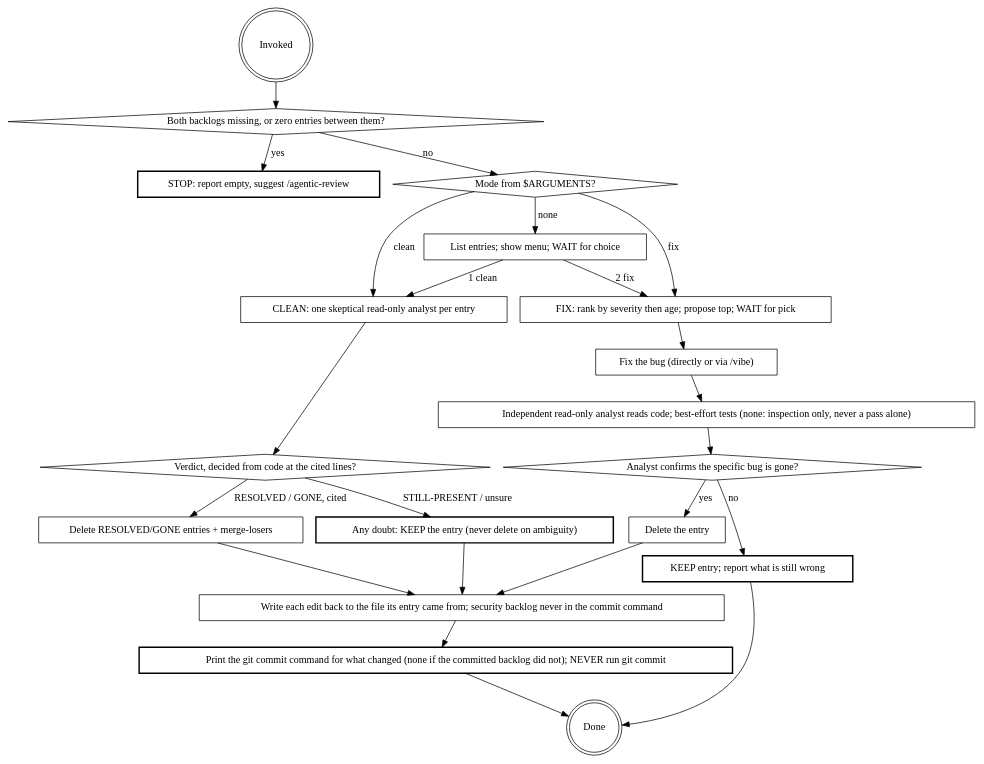
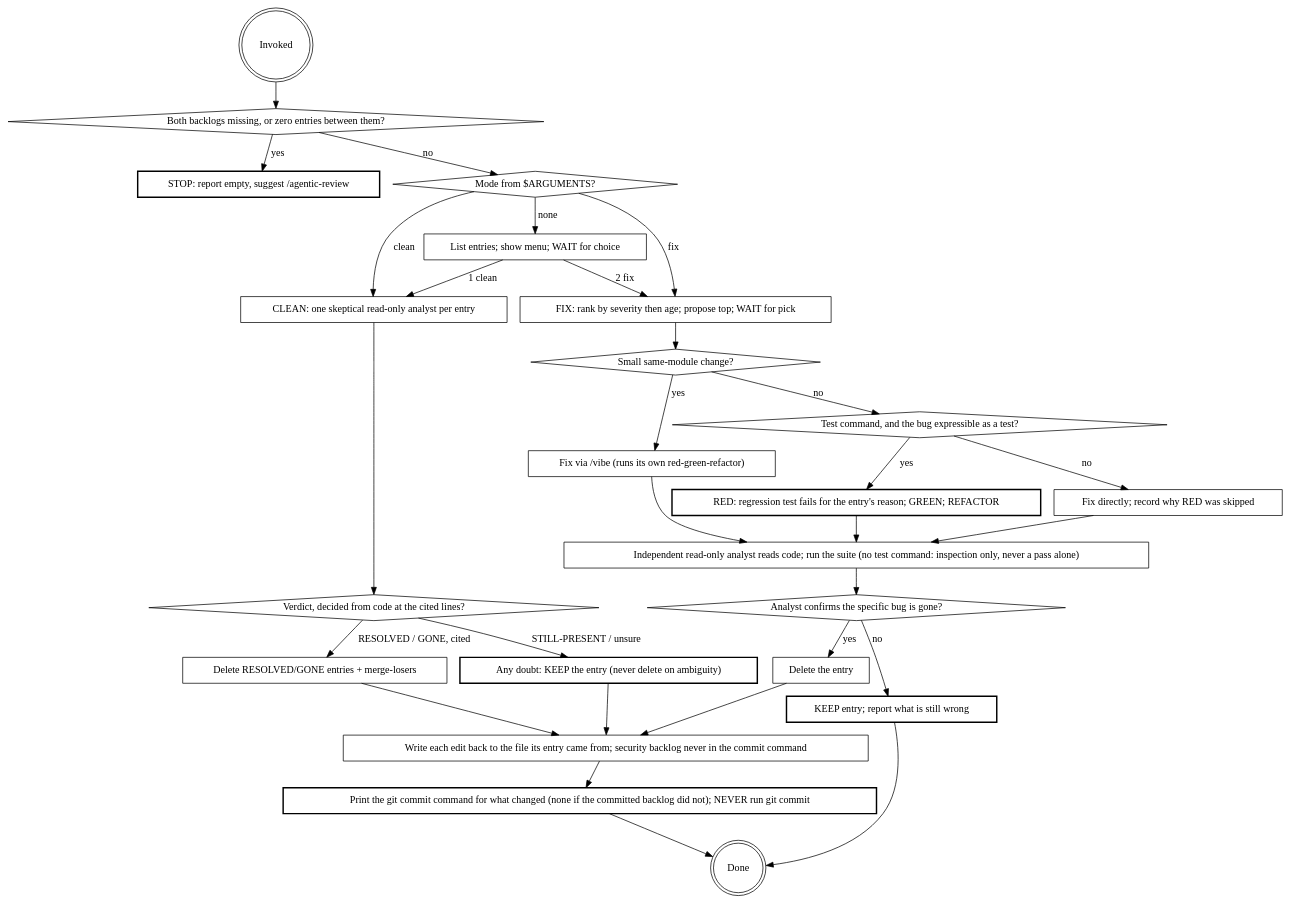
One commit to Ovid/paad changed the diagram in preview/paad/skills/backlog/SKILL.md. Above: the diagram before and after it, drawn with Graphviz. The commit also changed other lines of this file and 3 other files, not shown here.

````diff
--- a/preview/paad/skills/backlog/SKILL.md
+++ b/preview/paad/skills/backlog/SKILL.md
@@ -25,50 +25,60 @@
 ```dot
 digraph backlog {
   "Invoked" [shape=doublecircle];
   "Both backlogs missing, or zero entries between them?" [shape=diamond];
   "STOP: report empty, suggest /agentic-review" [shape=box, style=bold];
   "Mode from $ARGUMENTS?" [shape=diamond];
   "List entries; show menu; WAIT for choice" [shape=box];
 
   "CLEAN: one skeptical read-only analyst per entry" [shape=box];
   "Verdict, decided from code at the cited lines?" [shape=diamond];
   "Any doubt: KEEP the entry (never delete on ambiguity)" [shape=box, style=bold];
   "Delete RESOLVED/GONE entries + merge-losers" [shape=box];
 
   "FIX: rank by severity then age; propose top; WAIT for pick" [shape=box];
-  "Fix the bug (directly or via /vibe)" [shape=box];
-  "Independent read-only analyst reads code; best-effort tests (none: inspection only, never a pass alone)" [shape=box];
+  "Small same-module change?" [shape=diamond];
+  "Fix via /vibe (runs its own red-green-refactor)" [shape=box];
+  "Test command, and the bug expressible as a test?" [shape=diamond];
+  "RED: regression test fails for the entry's reason; GREEN; REFACTOR" [shape=box, style=bold];
+  "Fix directly; record why RED was skipped" [shape=box];
+  "Independent read-only analyst reads code; run the suite (no test command: inspection only, never a pass alone)" [shape=box];
   "Analyst confirms the specific bug is gone?" [shape=diamond];
   "KEEP entry; report what is still wrong" [shape=box, style=bold];
   "Delete the entry" [shape=box];
 
   "Write each edit back to the file its entry came from; security backlog never in the commit command" [shape=box];
   "Print the git commit command for what changed (none if the committed backlog did not); NEVER run git commit" [shape=box, style=bold];
   "Done" [shape=doublecircle];
 
   "Invoked" -> "Both backlogs missing, or zero entries between them?";
   "Both backlogs missing, or zero entries between them?" -> "STOP: report empty, suggest /agentic-review" [label="yes"];
   "Both backlogs missing, or zero entries between them?" -> "Mode from $ARGUMENTS?" [label="no"];
   "Mode from $ARGUMENTS?" -> "List entries; show menu; WAIT for choice" [label="none"];
   "Mode from $ARGUMENTS?" -> "CLEAN: one skeptical read-only analyst per entry" [label="clean"];
   "Mode from $ARGUMENTS?" -> "FIX: rank by severity then age; propose top; WAIT for pick" [label="fix"];
   "List entries; show menu; WAIT for choice" -> "CLEAN: one skeptical read-only analyst per entry" [label="1 clean"];
   "List entries; show menu; WAIT for choice" -> "FIX: rank by severity then age; propose top; WAIT for pick" [label="2 fix"];
 
   "CLEAN: one skeptical read-only analyst per entry" -> "Verdict, decided from code at the cited lines?";
   "Verdict, decided from code at the cited lines?" -> "Any doubt: KEEP the entry (never delete on ambiguity)" [label="STILL-PRESENT / unsure"];
   "Verdict, decided from code at the cited lines?" -> "Delete RESOLVED/GONE entries + merge-losers" [label="RESOLVED / GONE, cited"];
   "Any doubt: KEEP the entry (never delete on ambiguity)" -> "Write each edit back to the file its entry came from; security backlog never in the commit command";
   "Delete RESOLVED/GONE entries + merge-losers" -> "Write each edit back to the file its entry came from; security backlog never in the commit command";
 
-  "FIX: rank by severity then age; propose top; WAIT for pick" -> "Fix the bug (directly or via /vibe)";
-  "Fix the bug (directly or via /vibe)" -> "Independent read-only analyst reads code; best-effort tests (none: inspection only, never a pass alone)";
-  "Independent read-only analyst reads code; best-effort tests (none: inspection only, never a pass alone)" -> "Analyst confirms the specific bug is gone?";
+  "FIX: rank by severity then age; propose top; WAIT for pick" -> "Small same-module change?";
+  "Small same-module change?" -> "Fix via /vibe (runs its own red-green-refactor)" [label="yes"];
+  "Small same-module change?" -> "Test command, and the bug expressible as a test?" [label="no"];
+  "Test command, and the bug expressible as a test?" -> "RED: regression test fails for the entry's reason; GREEN; REFACTOR" [label="yes"];
+  "Test command, and the bug expressible as a test?" -> "Fix directly; record why RED was skipped" [label="no"];
+  "Fix via /vibe (runs its own red-green-refactor)" -> "Independent read-only analyst reads code; run the suite (no test command: inspection only, never a pass alone)";
+  "RED: regression test fails for the entry's reason; GREEN; REFACTOR" -> "Independent read-only analyst reads code; run the suite (no test command: inspection only, never a pass alone)";
+  "Fix directly; record why RED was skipped" -> "Independent read-only analyst reads code; run the suite (no test command: inspection only, never a pass alone)";
+  "Independent read-only analyst reads code; run the suite (no test command: inspection only, never a pass alone)" -> "Analyst confirms the specific bug is gone?";
   "Analyst confirms the specific bug is gone?" -> "Delete the entry" [label="yes"];
   "Analyst confirms the specific bug is gone?" -> "KEEP entry; report what is still wrong" [label="no"];
   "Delete the entry" -> "Write each edit back to the file its entry came from; security backlog never in the commit command";
   "KEEP entry; report what is still wrong" -> "Done";
   "Write each edit back to the file its entry came from; security backlog never in the commit command" -> "Print the git commit command for what changed (none if the committed backlog did not); NEVER run git commit";
   "Print the git commit command for what changed (none if the committed backlog did not); NEVER run git commit" -> "Done";
 }
 ```
````
